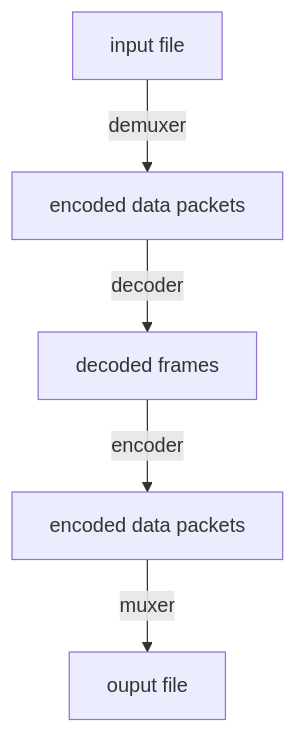
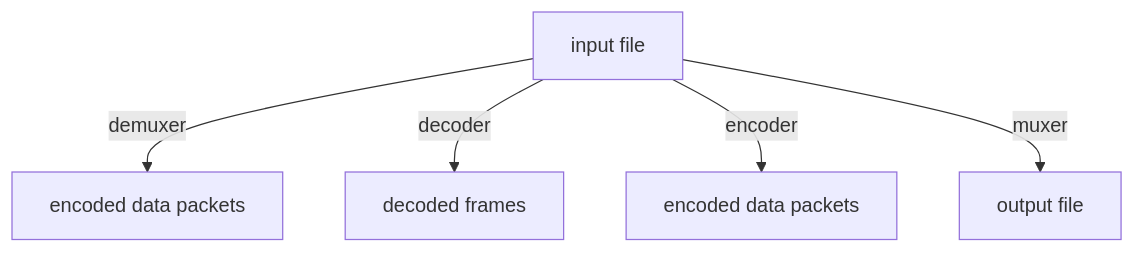
One commit to gendloop/LearningNotes changed the first of 5 diagrams in docs/tools/ffmpeg/guide.md. Above: the diagram before and after it, drawn with Mermaid. The commit also changed other lines of this file, not shown here.

````diff
--- a/docs/tools/ffmpeg/guide.md
+++ b/docs/tools/ffmpeg/guide.md
@@ -35,8 +35,7 @@
 ```mermaid
 graph
-A[input file]
--->|demuxer| B[encoded data packets]
--->|decoder| C[decoded frames]
--->|encoder| D[encoded data packets]
--->|muxer  | E[ouput file]
+A[input file] -->|demuxer| B[encoded data packets]
+A[input file] -->|decoder| C[decoded frames]
+A[input file] -->|encoder| D[encoded data packets]
+A[input file] -->|muxer  | E[output file]
 ```
````
